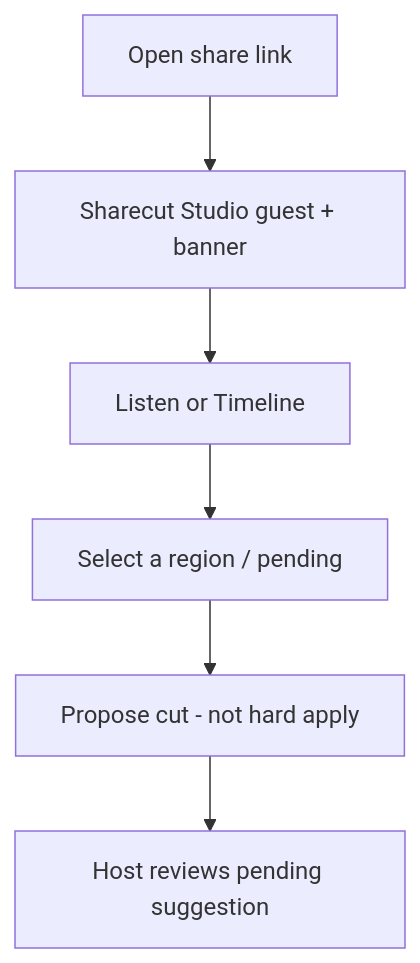
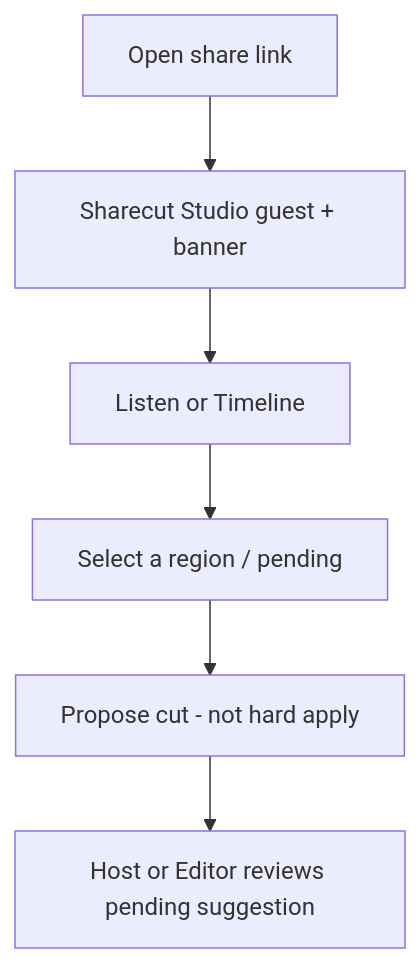
Before and after one commit to calebn/sharecut-studio: the second of 6 diagrams in ux/pages/guest-journeys.md, drawn with Mermaid. The commit also changed other lines of this file and 25 other files, not shown here.

````diff
--- a/ux/pages/guest-journeys.md
+++ b/ux/pages/guest-journeys.md
@@ -57,8 +57,8 @@
 ```mermaid
 flowchart TD
   open[Open share link] --> daw[Sharecut Studio guest + banner]
   daw --> listen[Listen or Timeline]
   listen --> select[Select a region / pending]
   select --> propose[Propose cut - not hard apply]
-  propose --> host[Host reviews pending suggestion]
+  propose --> host[Host or Editor reviews pending suggestion]
 ```
````
